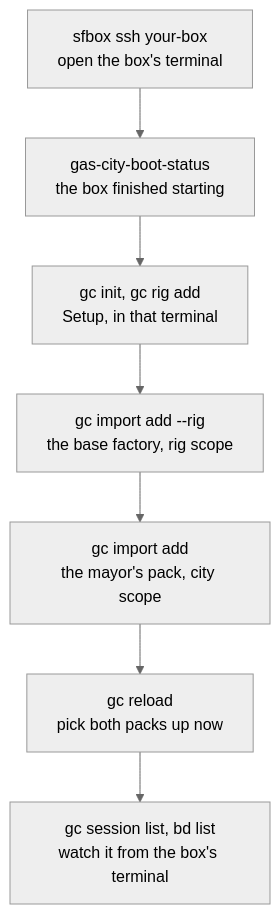
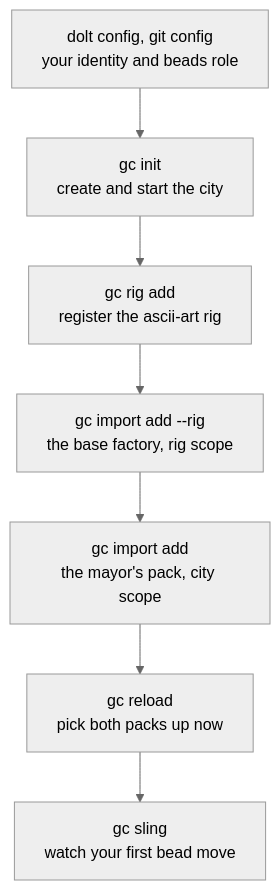
Before and after one commit to actual-software/sf-tutorial: the first of 2 diagrams in progression/W3-run-your-factory.md, drawn with Mermaid (neutral theme). The commit also changed other lines of this file and 20 other files, not shown here.

````diff
--- a/progression/W3-run-your-factory.md
+++ b/progression/W3-run-your-factory.md
@@ -52,9 +47,9 @@
 ```mermaid
 flowchart TD
-    A["sfbox ssh your-box<br/>open the box's terminal"] --> B["gas-city-boot-status<br/>the box finished starting"]
-    B --> C["gc init, gc rig add<br/>Setup, in that terminal"]
+    A["dolt config, git config<br/>your identity and beads role"] --> B["gc init<br/>create and start the city"]
+    B --> C["gc rig add<br/>register the ascii-art rig"]
     C --> D["gc import add --rig<br/>the base factory, rig scope"]
     D --> E["gc import add<br/>the mayor's pack, city scope"]
     E --> F["gc reload<br/>pick both packs up now"]
-    F --> G["gc session list, bd list<br/>watch it from the box's terminal"]
+    F --> G["gc sling<br/>watch your first bead move"]
 ```
````
